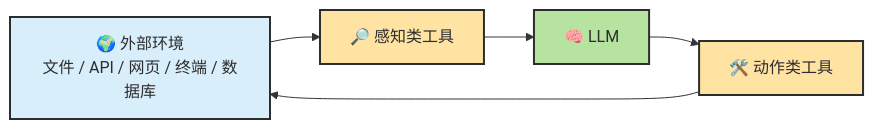
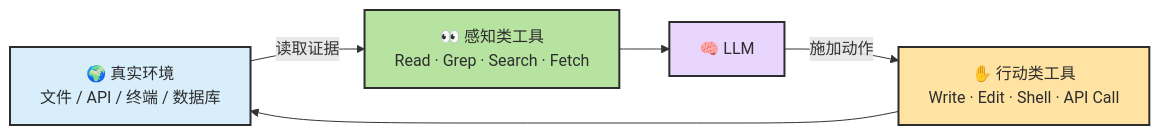
The first of 8 diagrams in docs/chapters/ch12-tools.md (zht043/AgenticCodingTutorial), drawn with Mermaid before and after one commit. The commit also changed other lines of this file and 23 other files, not shown here.

````diff
--- a/docs/chapters/ch12-tools.md
+++ b/docs/chapters/ch12-tools.md
@@ -382,9 +28,15 @@
 ```mermaid
 flowchart LR
-    classDef llm fill:#b7e3a1,stroke:#2d2d2d,stroke-width:2px,color:#2d2d2d
-    classDef tool fill:#ffe3a3,stroke:#2d2d2d,stroke-width:2px,color:#2d2d2d
     classDef env fill:#d8eefb,stroke:#2d2d2d,stroke-width:2px,color:#2d2d2d
+    classDef read fill:#b7e3a1,stroke:#2d2d2d,stroke-width:2px,color:#2d2d2d
+    classDef act fill:#ffe3a3,stroke:#2d2d2d,stroke-width:2px,color:#2d2d2d
+    classDef llm fill:#e8d6ff,stroke:#2d2d2d,stroke-width:2px,color:#2d2d2d
 
-    E["🌍 外部环境<br/>文件 / API / 网页 / 终端 / 数据库"]:::env --> T1["🔎 感知类工具"]:::tool --> L["🧠 LLM"]:::llm
-    L --> T2["🛠️ 动作类工具"]:::tool --> E
+    E["🌍 真实环境<br/>文件 / API / 终端 / 数据库"]:::env
+    R["👀 感知类工具<br/>Read · Grep · Search · Fetch"]:::read
+    A["✋ 行动类工具<br/>Write · Edit · Shell · API Call"]:::act
+    L["🧠 LLM"]:::llm
+
+    E -->|"读取证据"| R --> L
+    L -->|"施加动作"| A --> E
 ```
````
